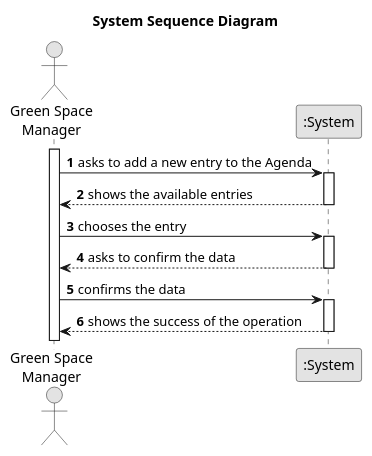
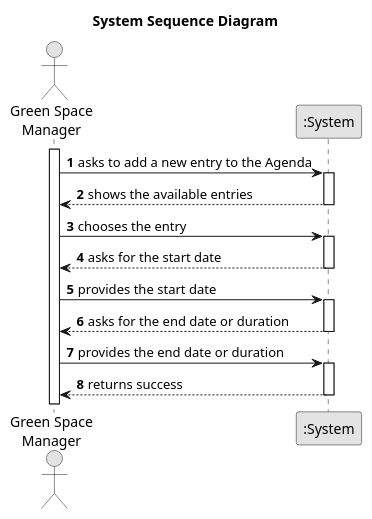
Before and after one commit to RicardoMorim/lapr2-ISEP-Project: the diagram in docs/sprintC/us022/01.requirements-engineering/puml/us022-alternative-one.puml, drawn with PlantUML. The commit also changed 7 other files, not shown here.

```diff
--- a/docs/sprintC/us022/01.requirements-engineering/puml/us022-alternative-one.puml
+++ b/docs/sprintC/us022/01.requirements-engineering/puml/us022-alternative-one.puml
@@ -1,34 +1,40 @@
 @startuml
 skinparam monochrome true
 skinparam packageStyle rectangle
 skinparam shadowing false
 
 title System Sequence Diagram
 
 autonumber
 
 actor "Green Space\nManager" as Employee
 participant ":System" as System
 
 activate Employee
 
     Employee -> System : asks to add a new entry to the Agenda
     activate System
 
 
     System --> Employee : shows the available entries
     deactivate System
 
     Employee -> System : chooses the entry
     activate System
 
-    System --> Employee : asks to confirm the data
+    System --> Employee : asks for the start date
     deactivate System
 
-    Employee -> System : confirms the data
+    Employee -> System : provides the start date
     activate System
 
-    System --> Employee : shows the success of the operation
+    System --> Employee : asks for the end date or duration
+    deactivate System
+
+    Employee -> System : provides the end date or duration
+    activate System
+
+    System --> Employee : returns success
     deactivate System
 
 @enduml
```
